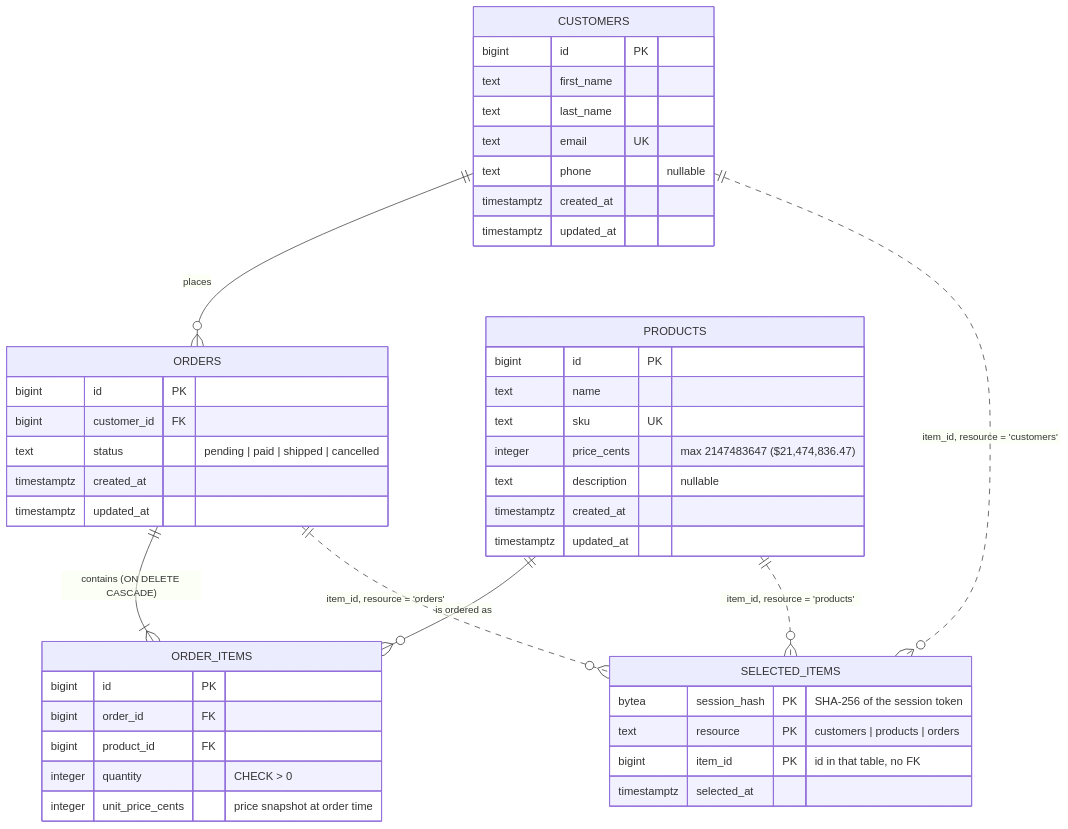
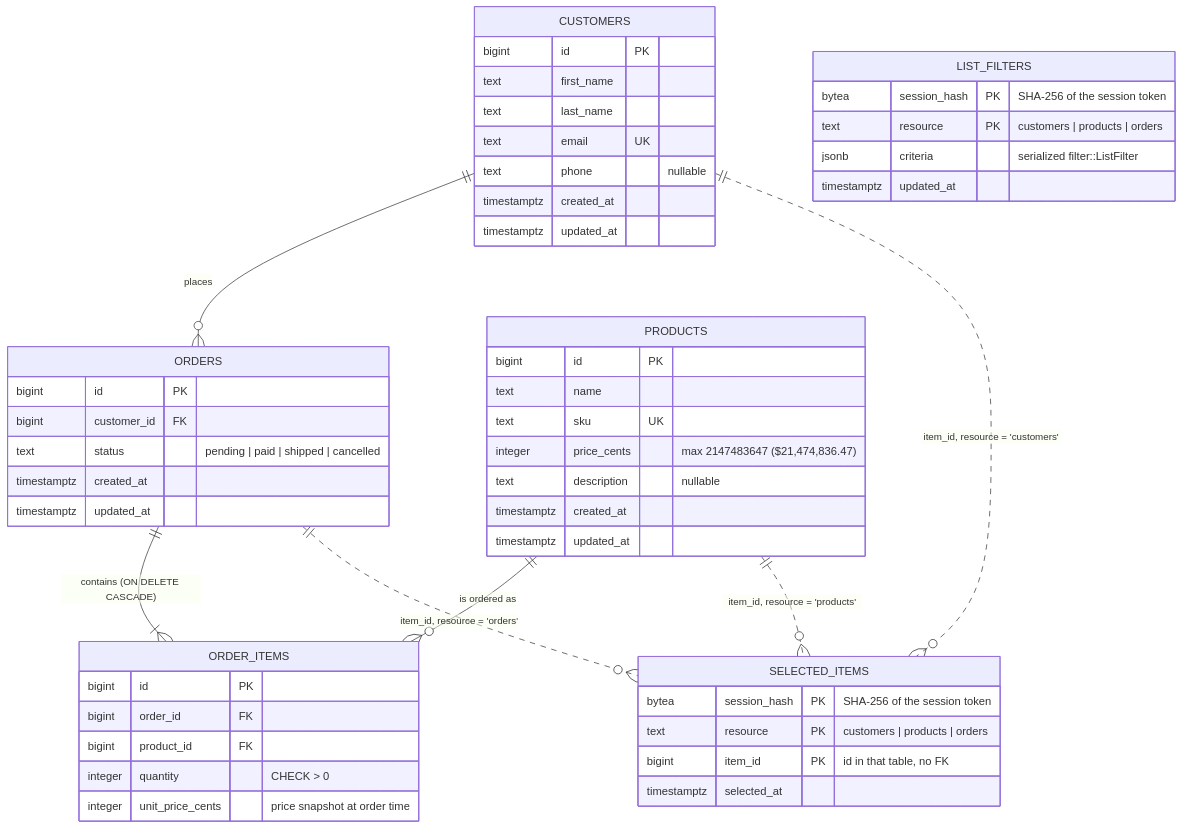
The diagram in docs/er-diagram.md (bunyawats/customer_crud_topcoat), drawn with Mermaid before and after one commit. The commit also changed other lines of this file and 67 other files, not shown here.

First line of the commit message:
Add list search with criteria kept in a server-side filter object

````diff
--- a/docs/er-diagram.md
+++ b/docs/er-diagram.md
@@ -10,52 +11,59 @@
 ```mermaid
 erDiagram
     CUSTOMERS ||--o{ ORDERS : "places"
     ORDERS ||--|{ ORDER_ITEMS : "contains (ON DELETE CASCADE)"
     PRODUCTS ||--o{ ORDER_ITEMS : "is ordered as"
     CUSTOMERS ||..o{ SELECTED_ITEMS : "item_id, resource = 'customers'"
     PRODUCTS ||..o{ SELECTED_ITEMS : "item_id, resource = 'products'"
     ORDERS ||..o{ SELECTED_ITEMS : "item_id, resource = 'orders'"
 
     CUSTOMERS {
         bigint id PK
         text first_name
         text last_name
         text email UK
         text phone "nullable"
         timestamptz created_at
         timestamptz updated_at
     }
 
     PRODUCTS {
         bigint id PK
         text name
         text sku UK
         integer price_cents "max 2147483647 ($21,474,836.47)"
         text description "nullable"
         timestamptz created_at
         timestamptz updated_at
     }
 
     ORDERS {
         bigint id PK
         bigint customer_id FK
         text status "pending | paid | shipped | cancelled"
         timestamptz created_at
         timestamptz updated_at
     }
 
     ORDER_ITEMS {
         bigint id PK
         bigint order_id FK
         bigint product_id FK
         integer quantity "CHECK > 0"
         integer unit_price_cents "price snapshot at order time"
     }
 
     SELECTED_ITEMS {
         bytea session_hash PK "SHA-256 of the session token"
         text resource PK "customers | products | orders"
         bigint item_id PK "id in that table, no FK"
         timestamptz selected_at
     }
+
+    LIST_FILTERS {
+        bytea session_hash PK "SHA-256 of the session token"
+        text resource PK "customers | products | orders"
+        jsonb criteria "serialized filter::ListFilter"
+        timestamptz updated_at
+    }
 ```
````
